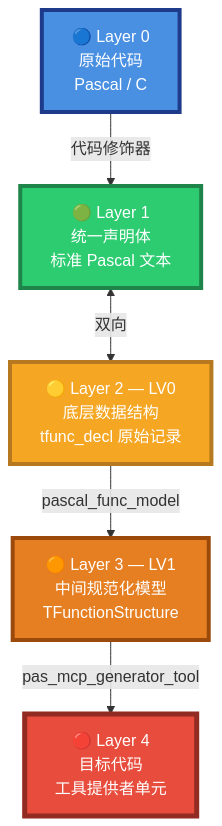
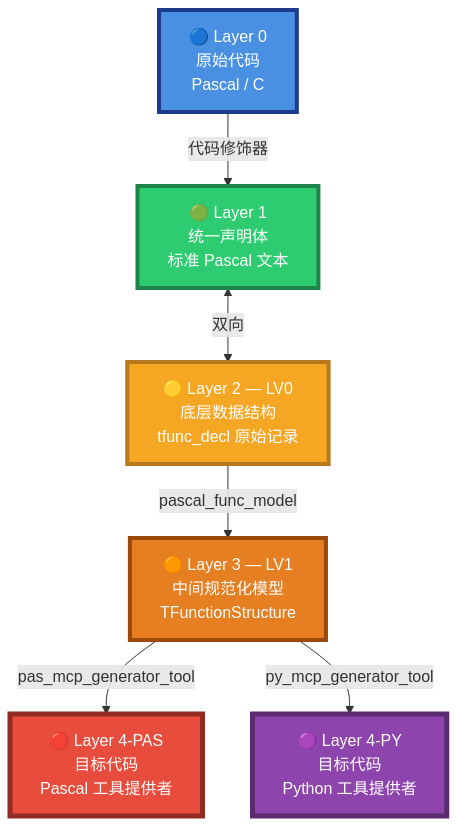
Before and after one commit to PassByYou888/LingoFuse-pasAgent: the seventh of 46 diagrams in code_generate_mcp.md, drawn with Mermaid. The commit also changed other lines of this file, not shown here.

````diff
--- a/code_generate_mcp.md
+++ b/code_generate_mcp.md
@@ -70,19 +369,22 @@
 ```mermaid
 flowchart TB
     L0["🔵 Layer 0<br/>原始代码<br/>Pascal / C"]
     L1["🟢 Layer 1<br/>统一声明体<br/>标准 Pascal 文本"]
     L2["🟡 Layer 2 — LV0<br/>底层数据结构<br/>tfunc_decl 原始记录"]
     L3["🟠 Layer 3 — LV1<br/>中间规范化模型<br/>TFunctionStructure"]
-    L4["🔴 Layer 4<br/>目标代码<br/>工具提供者单元"]
+    L4P["🔴 Layer 4-PAS<br/>目标代码<br/>Pascal 工具提供者"]
+    L4Py["🟣 Layer 4-PY<br/>目标代码<br/>Python 工具提供者"]
 
     L0 -->|代码修饰器| L1
     L1 <-->|双向| L2
     L2 -->|pascal_func_model| L3
-    L3 -->|pas_mcp_generator_tool| L4
+    L3 -->|pas_mcp_generator_tool| L4P
+    L3 -->|py_mcp_generator_tool| L4Py
 
     style L0 fill:#4A90E2,stroke:#1E3A8A,stroke-width:4px,color:#FFFFFF
     style L1 fill:#2ECC71,stroke:#1E8449,stroke-width:4px,color:#FFFFFF
     style L2 fill:#F5A623,stroke:#B7791F,stroke-width:4px,color:#FFFFFF
     style L3 fill:#E67E22,stroke:#9C4A0C,stroke-width:4px,color:#FFFFFF
-    style L4 fill:#E74C3C,stroke:#922B21,stroke-width:5px,color:#FFFFFF
+    style L4P fill:#E74C3C,stroke:#922B21,stroke-width:5px,color:#FFFFFF
+    style L4Py fill:#8E44AD,stroke:#5B2C6F,stroke-width:5px,color:#FFFFFF
 ```
````
